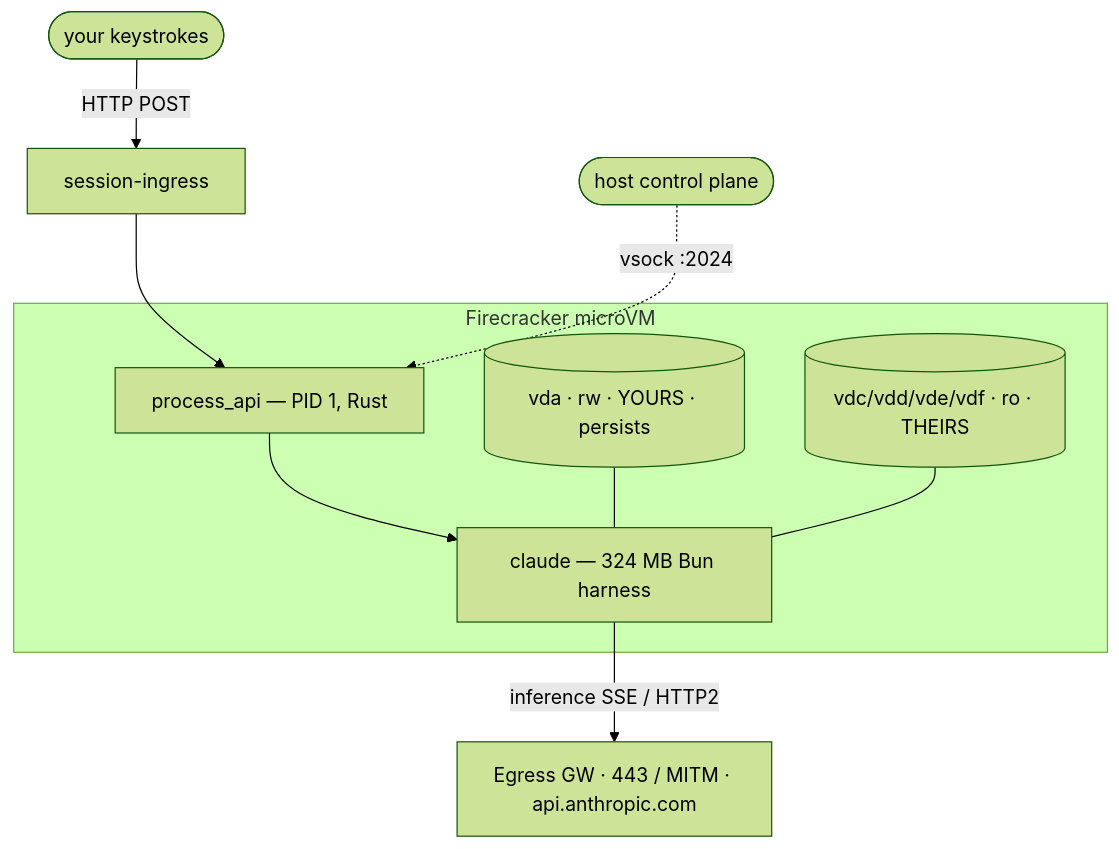
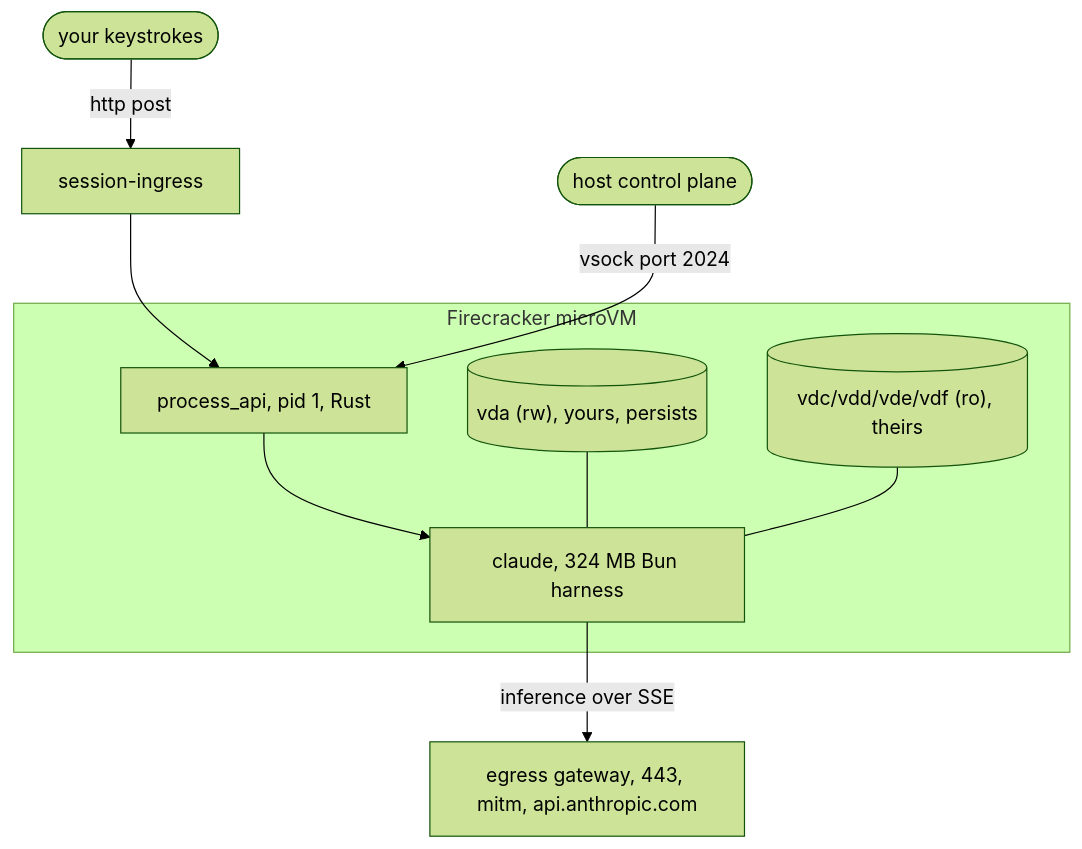
One commit to RohanAdwankar/RohanAdwankar.github.io changed the first of 3 diagrams in posts/platforms.md. Above: the diagram before and after it, drawn with Mermaid (forest theme). The commit also changed other lines of this file and 1 other file, not shown here.

First line of the commit message:
Fix platforms post: render tables, clean up diagrams, condense harness section

````diff
--- a/posts/platforms.md
+++ b/posts/platforms.md
@@ -55,12 +55,12 @@
 ```mermaid
 flowchart TB
-  user(["your keystrokes"]) -->|HTTP POST| ingress["session-ingress"]
+  user(["your keystrokes"]) -->|http post| ingress["session-ingress"]
   ingress --> pa
-  hostctl(["host control plane"]) -.->|vsock :2024| pa
-  subgraph VM["Firecracker microVM"]
-    pa["process_api — PID 1, Rust"] --> harness["claude — 324 MB Bun harness"]
-    vda[("vda · rw · YOURS · persists")] --- harness
-    ro[("vdc/vdd/vde/vdf · ro · THEIRS")] --- harness
+  hostctl(["host control plane"]) -->|vsock port 2024| pa
+  subgraph vm["Firecracker microVM"]
+    pa["process_api, pid 1, Rust"] --> harness["claude, 324 MB Bun harness"]
+    vda[("vda (rw), yours, persists")] --- harness
+    ro[("vdc/vdd/vde/vdf (ro), theirs")] --- harness
   end
-  harness -->|"inference SSE / HTTP2"| gw["Egress GW · 443 / MITM · api.anthropic.com"]
+  harness -->|inference over SSE| gw["egress gateway, 443, mitm, api.anthropic.com"]
 ```
````
